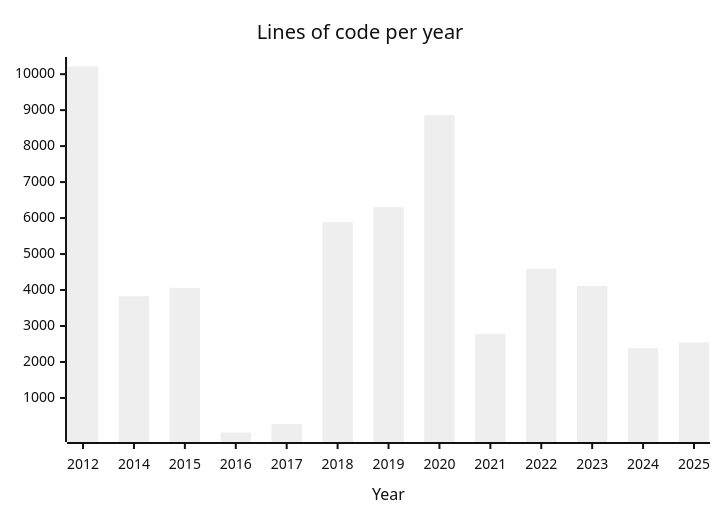
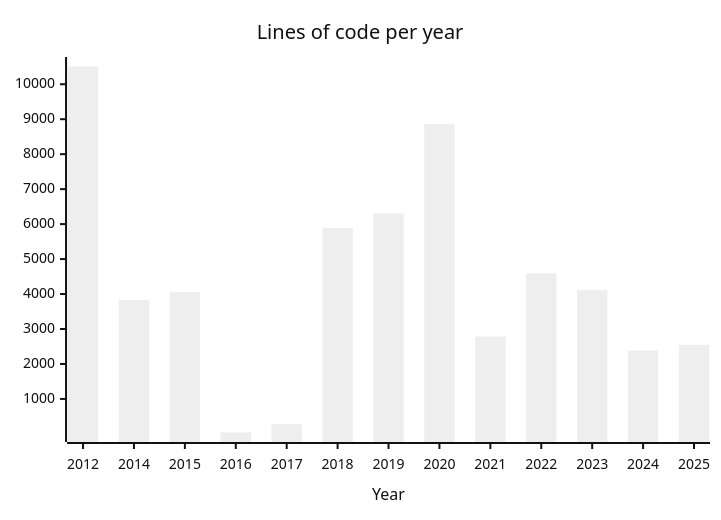
Before and after one commit to engdan77/engdan77: the diagram in README.md, drawn with Mermaid (neutral theme). The commit also changed other lines of this file, not shown here.

````diff
--- a/README.md
+++ b/README.md
@@ -41,6 +41,6 @@
 ```mermaid
 xychart-beta
       title "Lines of code per year"
       x-axis "Year" [2012, 2014, 2015, 2016, 2017, 2018, 2019, 2020, 2021, 2022, 2023, 2024, 2025]
-      bar "engdan77" [10213, 3829, 4062, 40, 276, 5888, 6304, 8858, 2784, 4593, 4113, 2382, 2547]
+      bar "engdan77" [10507, 3829, 4062, 40, 276, 5888, 6304, 8858, 2784, 4593, 4113, 2382, 2547]
 ```
````
